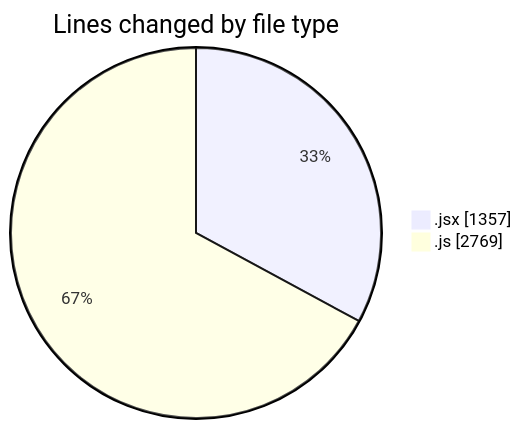
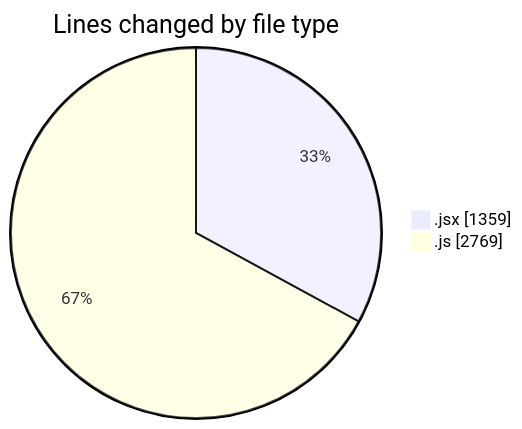
The first of 2 diagrams in 2025-07-25/nxtqube_webapp/README.md (nxtqubesakshisongat/code-tracking), drawn with Mermaid before and after one commit. The commit also changed other lines of this file and 1 other file, not shown here.

````diff
--- a/2025-07-25/nxtqube_webapp/README.md
+++ b/2025-07-25/nxtqube_webapp/README.md
@@ -33,6 +33,6 @@
 ```mermaid
 pie showData
 title Lines changed by file type
-".jsx" : 1357
+".jsx" : 1359
 ".js" : 2769
 ```
````
